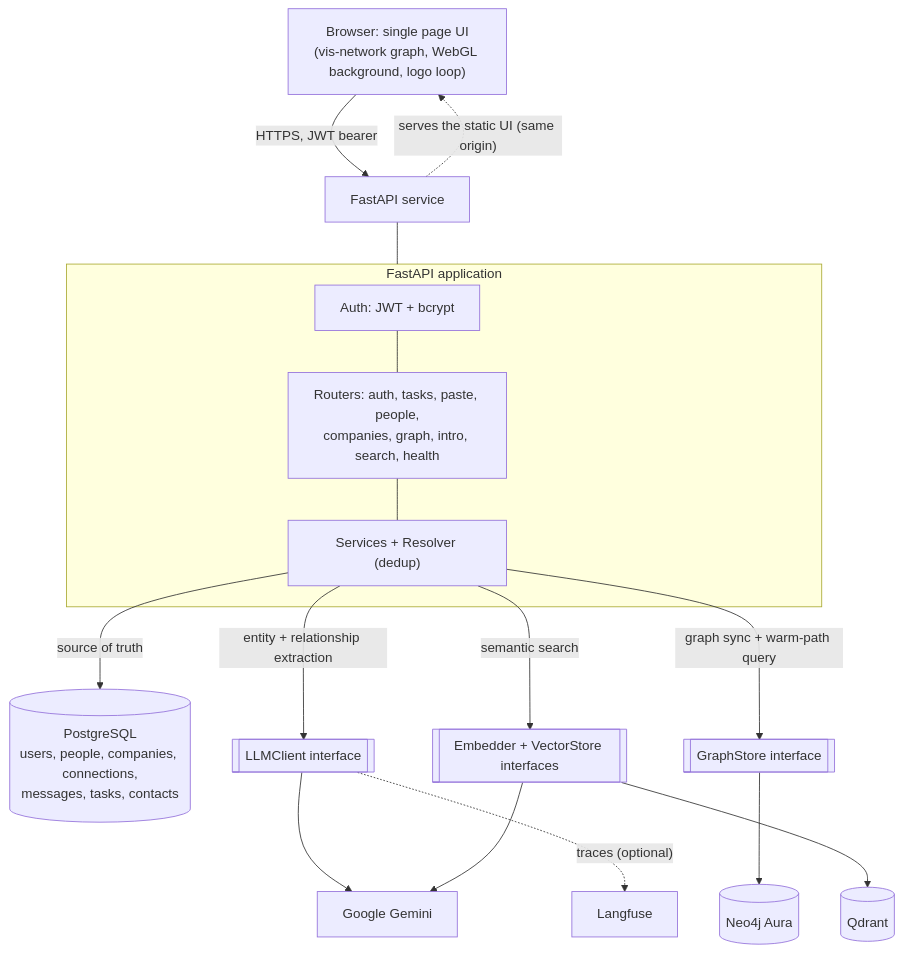
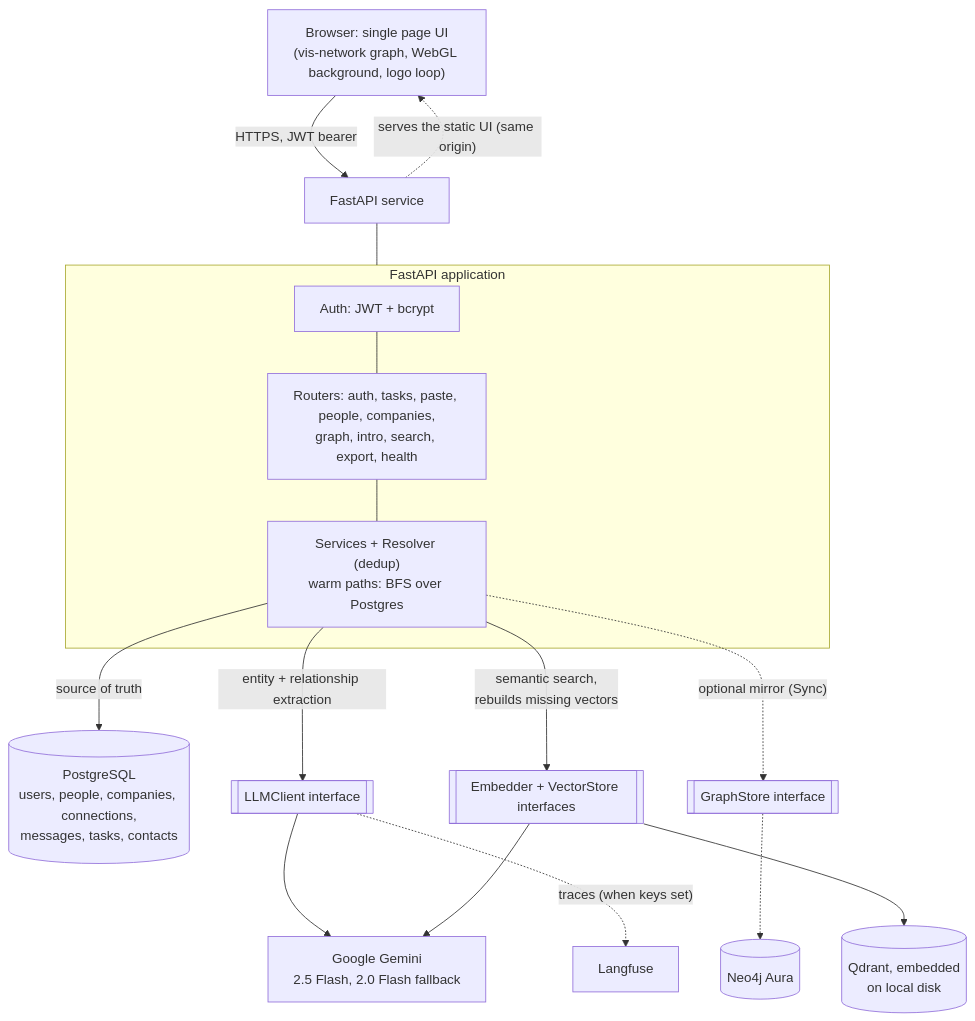
One commit to Arsh624/Kith-Multi-Agent-Relationship-Intelligence-Platform changed the diagram in README.md. Above: the diagram before and after it, drawn with Mermaid. The commit also changed other lines of this file, not shown here.

````diff
--- a/README.md
+++ b/README.md
@@ -31,24 +33,24 @@
 ```mermaid
 flowchart TD
   U["Browser: single page UI<br/>(vis-network graph, WebGL background, logo loop)"]
   U -->|"HTTPS, JWT bearer"| API["FastAPI service"]
   API -. "serves the static UI (same origin)" .-> U
 
   subgraph APP["FastAPI application"]
     AUTH["Auth: JWT + bcrypt"]
-    ROUTERS["Routers: auth, tasks, paste, people,<br/>companies, graph, intro, search, health"]
-    SVC["Services + Resolver (dedup)"]
+    ROUTERS["Routers: auth, tasks, paste, people, companies,<br/>graph, intro, search, export, health"]
+    SVC["Services + Resolver (dedup)<br/>warm paths: BFS over Postgres"]
     AUTH --- ROUTERS --- SVC
   end
   API --- APP
 
   SVC -->|"source of truth"| PG[("PostgreSQL<br/>users, people, companies, connections,<br/>messages, tasks, contacts")]
   SVC -->|"entity + relationship extraction"| LLM[["LLMClient interface"]]
-  LLM --> GEM["Google Gemini"]
-  SVC -->|"graph sync + warm-path query"| GS[["GraphStore interface"]]
-  GS --> NEO[("Neo4j Aura")]
-  SVC -->|"semantic search"| VEC[["Embedder + VectorStore interfaces"]]
-  VEC --> QD[("Qdrant")]
+  LLM --> GEM["Google Gemini<br/>2.5 Flash, 2.0 Flash fallback"]
+  SVC -. "optional mirror (Sync)" .-> GS[["GraphStore interface"]]
+  GS -.-> NEO[("Neo4j Aura")]
+  SVC -->|"semantic search,<br/>rebuilds missing vectors"| VEC[["Embedder + VectorStore interfaces"]]
+  VEC --> QD[("Qdrant, embedded<br/>on local disk")]
   VEC --> GEM
-  LLM -. "traces (optional)" .-> LF["Langfuse"]
+  LLM -. "traces (when keys set)" .-> LF["Langfuse"]
 ```
````
